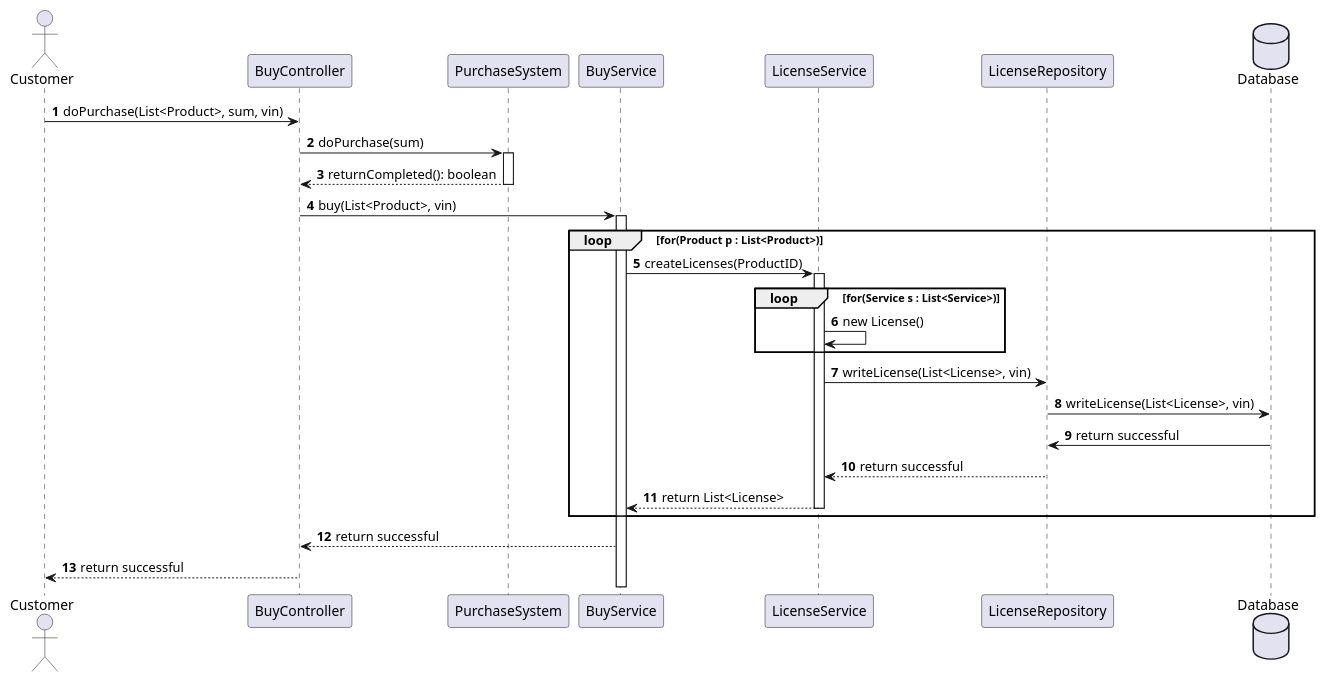
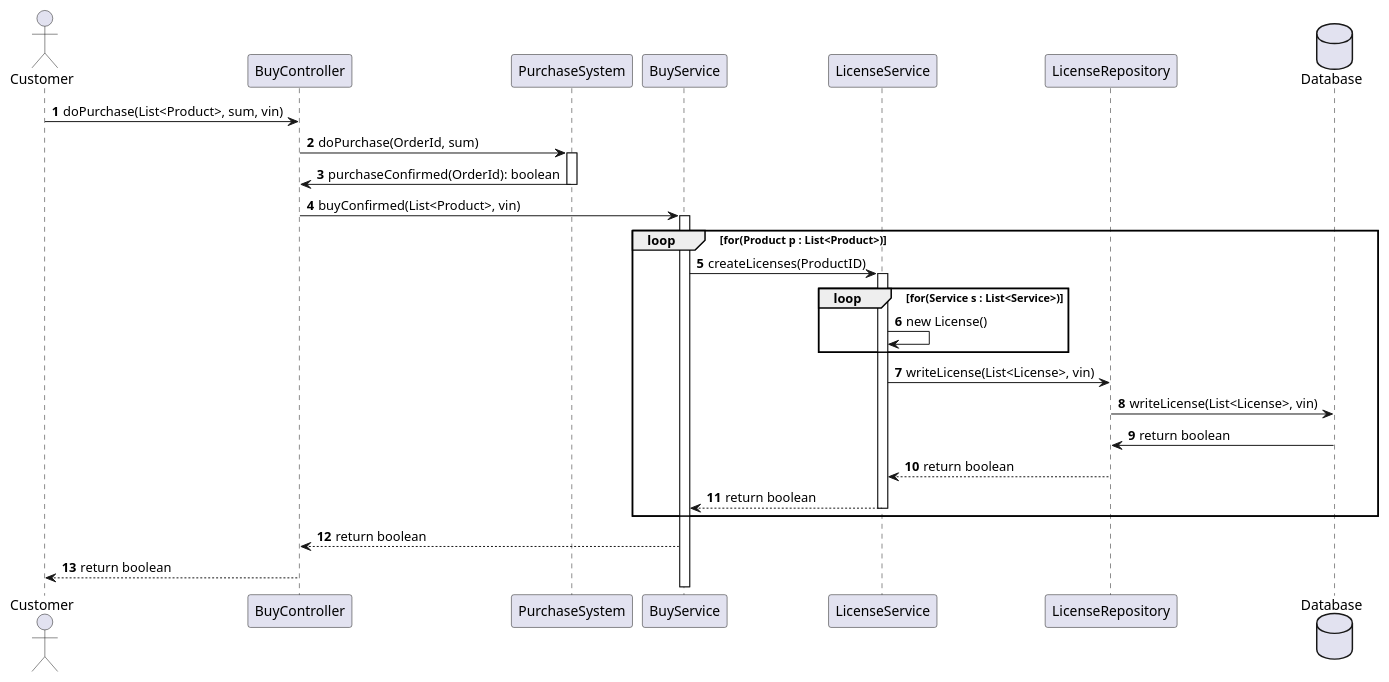
The diagram in Phase_1/SequenceBuy_1.1.puml (ljbg1996/car-backend), drawn with PlantUML before and after one commit. The commit also changed 2 other files, not shown here.

```diff
--- a/Phase_1/SequenceBuy_1.1.puml
+++ b/Phase_1/SequenceBuy_1.1.puml
@@ -1,43 +1,43 @@
 @startuml
 'https://plantuml.com/sequence-diagram
 autonumber
 actor Customer as c
 
 participant BuyController as co
 participant PurchaseSystem as ps
 participant BuyService as s
 
 participant LicenseService as ls
 
 
 
 participant LicenseRepository as lr
 database Database as db
 
 c-> co : doPurchase(List<Product>, sum, vin)
-co -> ps: doPurchase(sum)
+co -> ps: doPurchase(OrderId, sum)
 activate ps
-ps-->co : returnCompleted(): boolean
+ps->co : purchaseConfirmed(OrderId): boolean
 deactivate ps
-co-> s: buy(List<Product>, vin)
+co-> s: buyConfirmed(List<Product>, vin)
 activate s
 loop for(Product p : List<Product>)
     s-> ls: createLicenses(ProductID)
     activate ls
     loop for(Service s : List<Service>)
         ls -> ls : new License()
         end
         ls -> lr: writeLicense(List<License>, vin)
         lr -> db:writeLicense(List<License>, vin)
-        db -> lr: return successful
-        lr --> ls: return successful
-        ls-->s: return List<License>
+        db -> lr: return boolean
+        lr --> ls: return boolean
+        ls-->s: return boolean
         deactivate ls
     end
-s --> co: return successful
-co --> c: return successful
+s --> co: return boolean
+co --> c: return boolean
 
 
 
 
 @enduml
```
